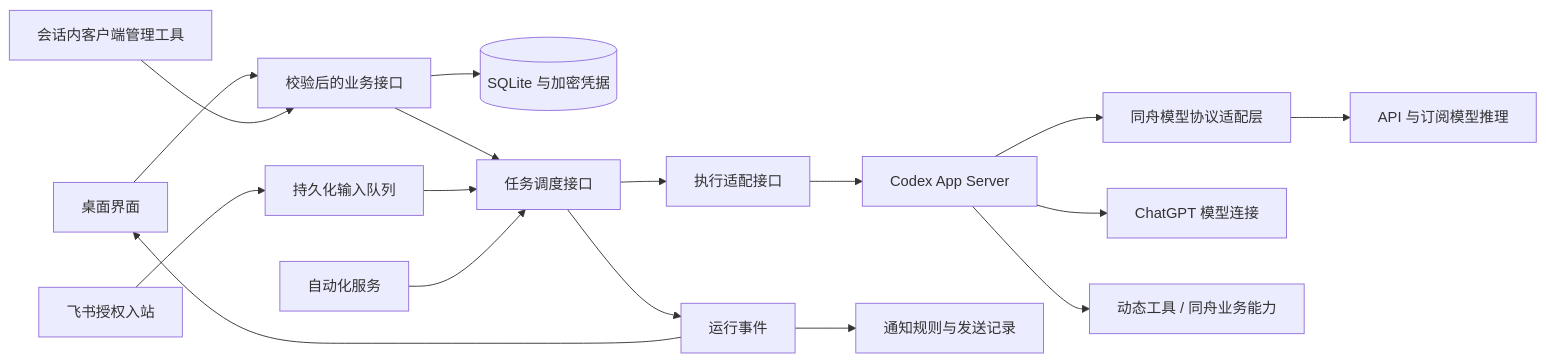
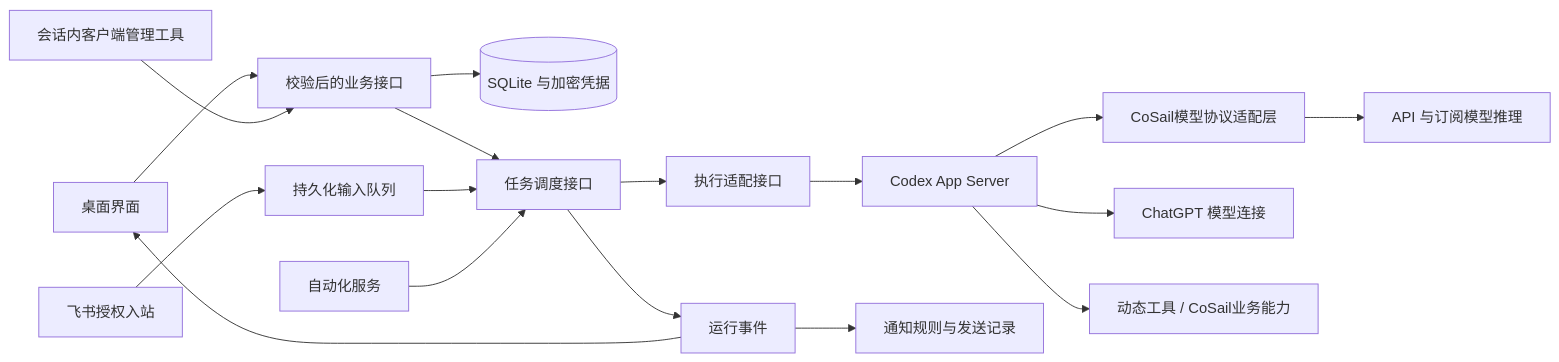
The diagram in docs/ARCHITECTURE.md (OrenZhang/tongzhou), drawn with Mermaid before and after one commit. The commit also changed other lines of this file and 246 other files, not shown here.

````diff
--- a/docs/ARCHITECTURE.md
+++ b/docs/ARCHITECTURE.md
@@ -7,19 +7,19 @@
 ```mermaid
 flowchart LR
   UI[桌面界面] --> Commands[校验后的业务接口]
   Chat[会话内客户端管理工具] --> Commands
   Channel[飞书授权入站] --> Queue[持久化输入队列]
   Commands --> Store[(SQLite 与加密凭据)]
   Commands --> Tasks[任务调度接口]
   Queue --> Tasks
   Tasks --> Adapter[执行适配接口]
   Adapter --> Codex[Codex App Server]
   Automation[自动化服务] --> Tasks
-  Codex --> Gateway[同舟模型协议适配层]
+  Codex --> Gateway[CoSail模型协议适配层]
   Gateway --> API[API 与订阅模型推理]
   Codex --> ChatGPT[ChatGPT 模型连接]
-  Codex --> Tools[动态工具 / 同舟业务能力]
+  Codex --> Tools[动态工具 / CoSail业务能力]
   Tasks --> Events[运行事件]
   Events --> UI
   Events --> Notify[通知规则与发送记录]
 ```
````
